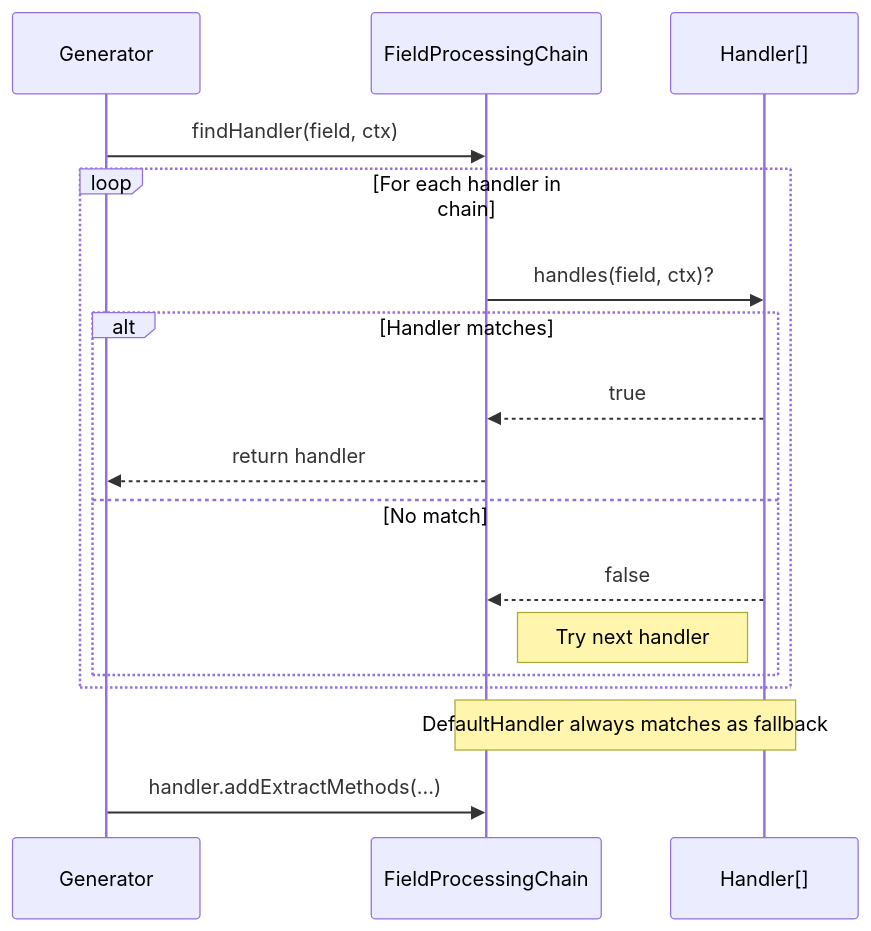
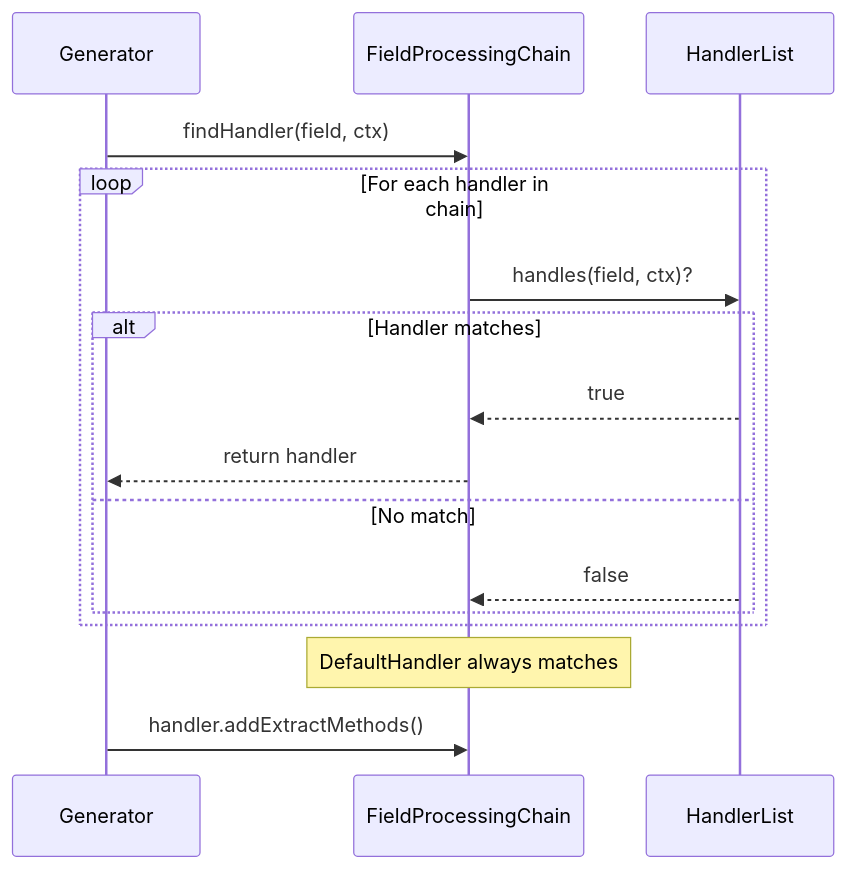
The fifth of 6 diagrams in docs/ARCHITECTURE.md (alnovis/proto-wrapper-plugin), drawn with Mermaid before and after one commit. The commit also changed other lines of this file, not shown here.

First line of the commit message:
fix(docs): simplify Mermaid diagrams for GitHub compatibility

````diff
--- a/docs/ARCHITECTURE.md
+++ b/docs/ARCHITECTURE.md
@@ -435,23 +426,22 @@
 ```mermaid
 sequenceDiagram
     participant Gen as Generator
     participant Chain as FieldProcessingChain
-    participant Handlers as Handler[]
+    participant Handlers as HandlerList
 
     Gen->>Chain: findHandler(field, ctx)
 
     loop For each handler in chain
         Chain->>Handlers: handles(field, ctx)?
         alt Handler matches
             Handlers-->>Chain: true
             Chain-->>Gen: return handler
         else No match
             Handlers-->>Chain: false
-            Note right of Chain: Try next handler
         end
     end
 
-    Note over Chain,Handlers: DefaultHandler always matches as fallback
+    Note over Chain: DefaultHandler always matches
 
-    Gen->>Chain: handler.addExtractMethods(...)
+    Gen->>Chain: handler.addExtractMethods()
 ```
````
